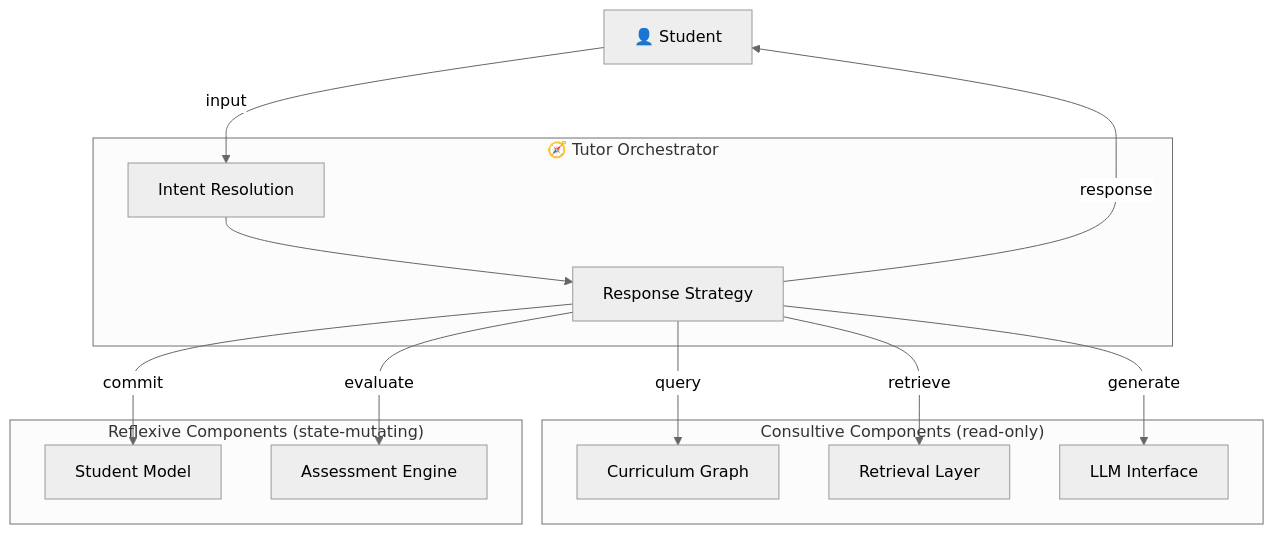
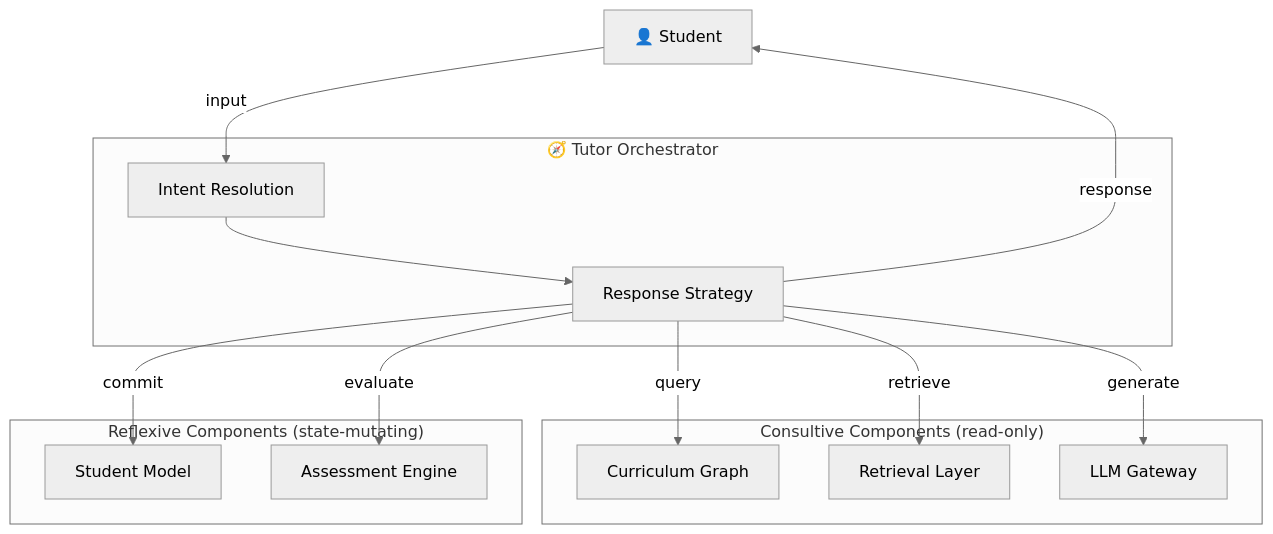
The diagram in docs/02-architecture/tutor-orchestrator/interaction-model.md (AigoraCorporation/aigora), drawn with Mermaid (neutral theme) before and after one commit. The commit also changed other lines of this file and 6 other files, not shown here.

Commit message:
refactor(architecture): rename LLM Interface to LLM Gateway

````diff
--- a/docs/02-architecture/tutor-orchestrator/interaction-model.md
+++ b/docs/02-architecture/tutor-orchestrator/interaction-model.md
@@ -160,32 +160,32 @@
 ```mermaid
 flowchart TB
     student["👤 Student"]
 
     subgraph orchestrator["🧭 Tutor Orchestrator"]
         intent["Intent Resolution"]
         strategy["Response Strategy"]
     end
 
     subgraph consultive["Consultive Components (read-only)"]
         curriculum["Curriculum Graph"]
         retrieval["Retrieval Layer"]
-        llm["LLM Interface"]
+        llm["LLM Gateway"]
     end
 
     subgraph reflexive["Reflexive Components (state-mutating)"]
         studentModel["Student Model"]
         assessment["Assessment Engine"]
     end
 
     student -->|"input"| intent
     intent --> strategy
 
     strategy -->|"query"| curriculum
     strategy -->|"retrieve"| retrieval
     strategy -->|"generate"| llm
 
     strategy -->|"response"| student
 
     strategy -->|"commit"| studentModel
     strategy -->|"evaluate"| assessment
 ```
````
